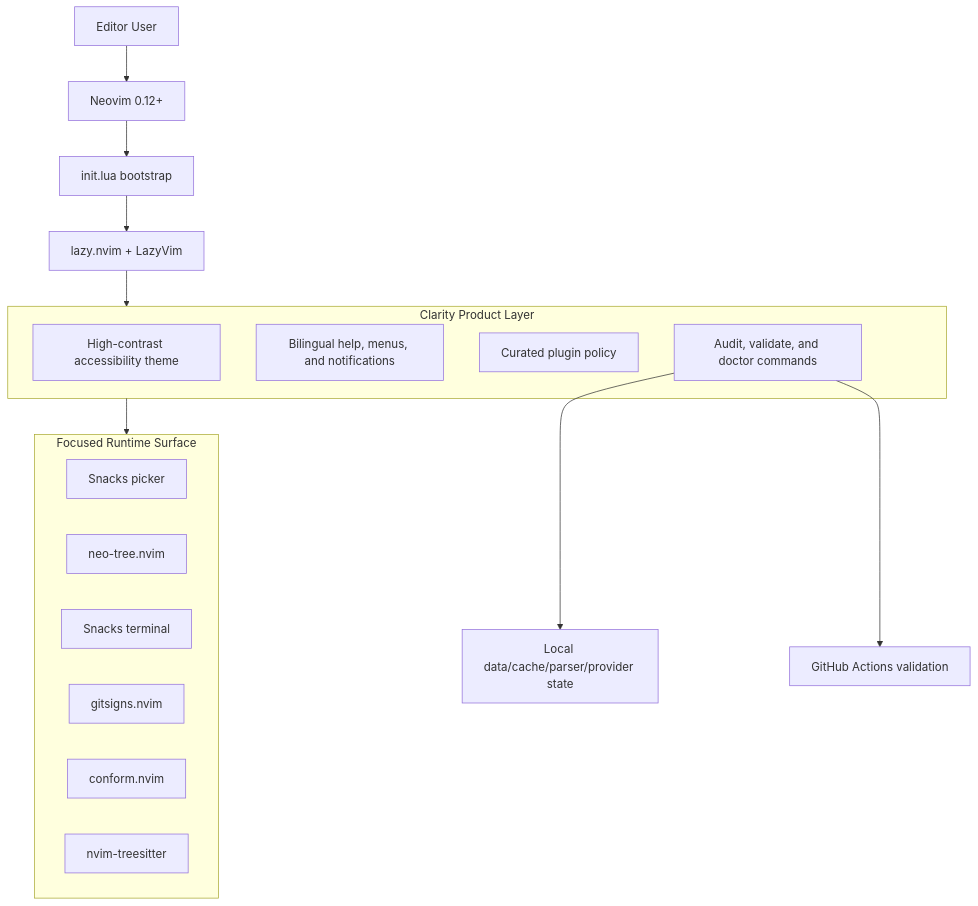
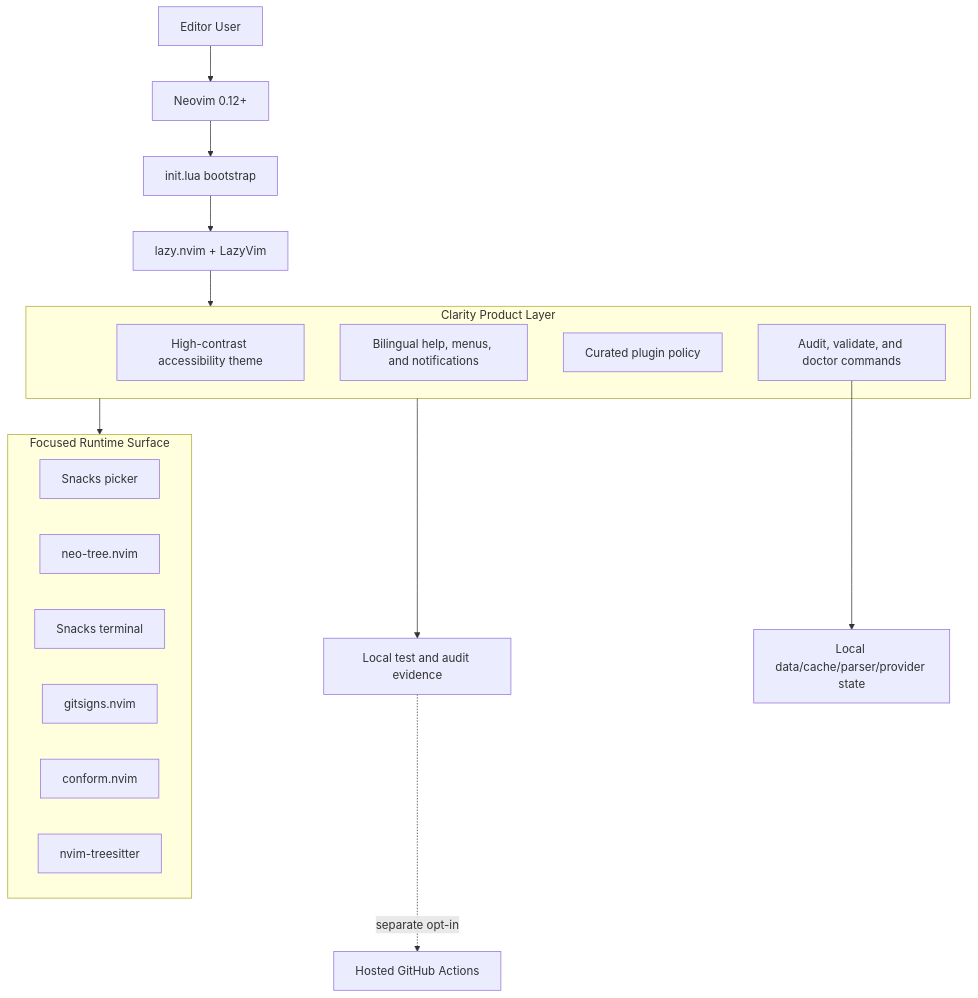
One commit to Nongfsq/clarity_lazyvim changed the first of 3 diagrams in README.md. Above: the diagram before and after it, drawn with Mermaid. The commit also changed other lines of this file and 38 other files, not shown here.

````diff
--- a/README.md
+++ b/README.md
@@ -175,28 +176,29 @@
 ```mermaid
 flowchart TB
     User["Editor User"] --> Entry["Neovim 0.12+"]
     Entry --> Bootstrap["init.lua bootstrap"]
     Bootstrap --> Lazy["lazy.nvim + LazyVim"]
 
     subgraph Product["Clarity Product Layer"]
         Theme["High-contrast accessibility theme"]
         RuntimeUI["Bilingual help, menus, and notifications"]
         Policy["Curated plugin policy"]
         Doctor["Audit, validate, and doctor commands"]
     end
 
     Lazy --> Product
 
     subgraph Plugins["Focused Runtime Surface"]
         Picker["Snacks picker"]
         Tree["neo-tree.nvim"]
         Terminal["Snacks terminal"]
         Git["gitsigns.nvim"]
         Format["conform.nvim"]
         Syntax["nvim-treesitter"]
     end
 
     Product --> Plugins
     Doctor --> LocalState["Local data/cache/parser/provider state"]
-    Doctor --> CI["GitHub Actions validation"]
+    Product --> Evidence["Local test and audit evidence"]
+    Evidence -. "separate opt-in" .-> CI["Hosted GitHub Actions"]
 ```
````
